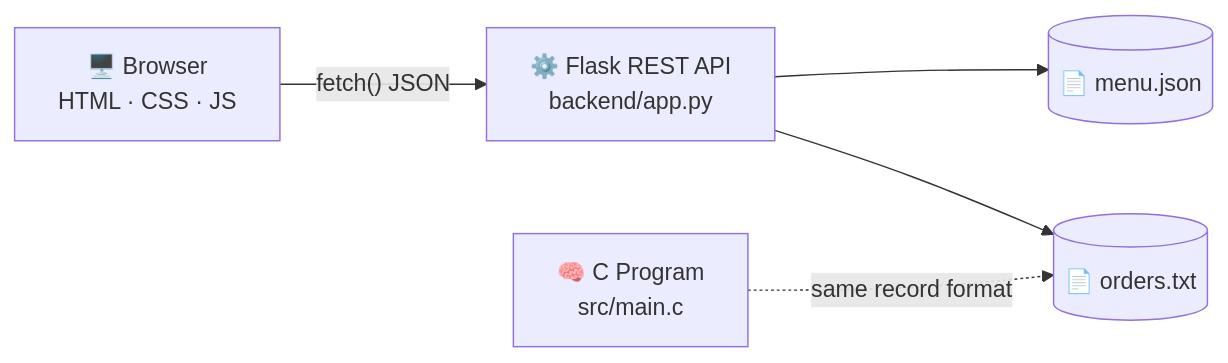
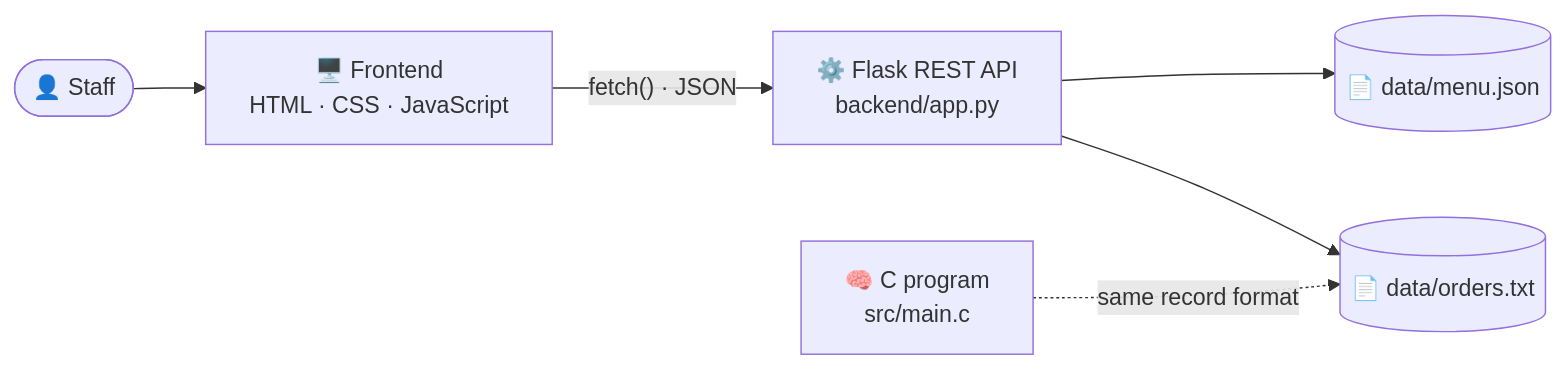
One commit to 24pandeo-rbu/Restaurant-Order-Management-System changed the first of 4 diagrams in README.md. Above: the diagram before and after it, drawn with Mermaid. The commit also changed other lines of this file, not shown here.

````diff
--- a/README.md
+++ b/README.md
@@ -36,7 +50,8 @@
 ```mermaid
 flowchart LR
-    A["🖥️ Browser<br/>HTML · CSS · JS"] -->|"fetch() JSON"| B["⚙️ Flask REST API<br/>backend/app.py"]
-    B --> C[("📄 menu.json")]
-    B --> D[("📄 orders.txt")]
-    E["🧠 C Program<br/>src/main.c"] -.->|"same record format"| D
+    U(["👤 Staff"]) --> A["🖥️ Frontend<br/>HTML · CSS · JavaScript"]
+    A -->|"fetch() · JSON"| B["⚙️ Flask REST API<br/>backend/app.py"]
+    B --> M[("📄 data/menu.json")]
+    B --> O[("📄 data/orders.txt")]
+    C["🧠 C program<br/>src/main.c"] -.->|"same record format"| O
 ```
````
